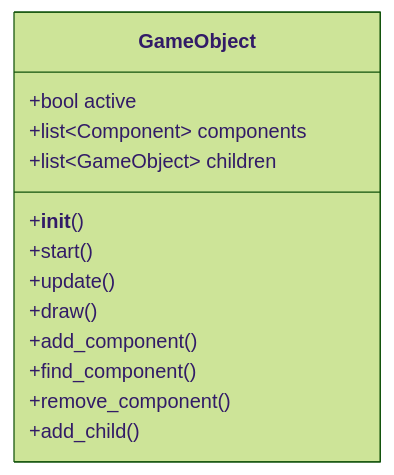
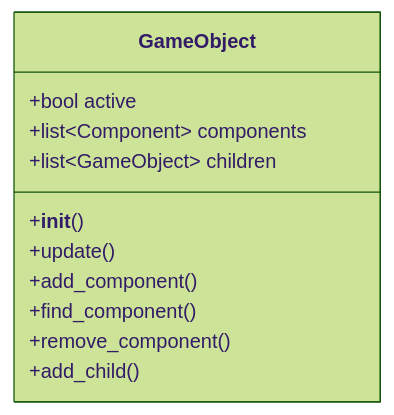
Before and after one commit to dev-haku/py-gamekit: the fifth of 9 diagrams in docs/py-gamekit.md, drawn with Mermaid (forest theme). The commit also changed other lines of this file, not shown here.

````diff
--- a/docs/py-gamekit.md
+++ b/docs/py-gamekit.md
@@ -217,19 +212,17 @@
 ```mermaid
 classDiagram
 
 class GameObject {
     +bool active
     +list~Component~ components
     +list~GameObject~ children
 
     +__init__()
-    +start()
     +update()
-    +draw()
 
     +add_component()
     +find_component()
     +remove_component()
     +add_child()
 }
 ```
````
